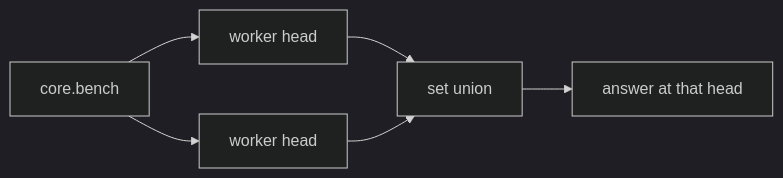
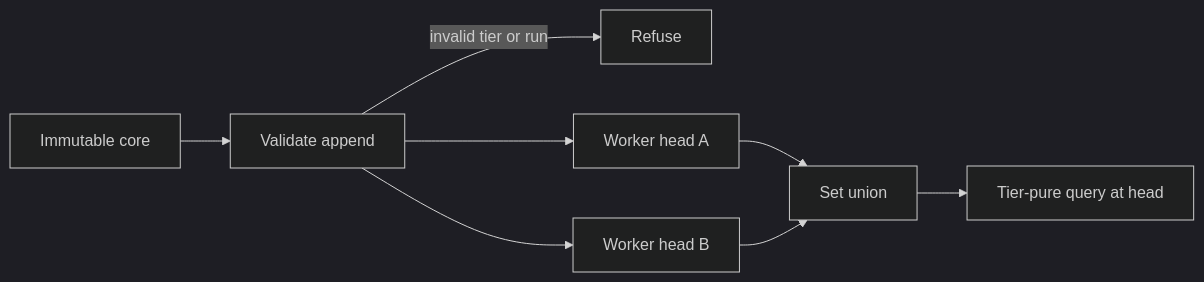
One commit to wetware-hq/catalog changed the diagram in systems/use-bench.md. Above: the diagram before and after it, drawn with Mermaid (dark theme). The commit also changed other lines of this file and 10 other files, not shown here.

````diff
--- a/systems/use-bench.md
+++ b/systems/use-bench.md
@@ -73,8 +73,10 @@
 ```mermaid
 flowchart LR
-Core[core.bench] --> W1[worker head]
-Core --> W2[worker head]
-W1 --> Union[set union]
-W2 --> Union
-Union --> Answer[answer at that head]
+    C[Immutable core] --> A[Validate append]
+    A -->|invalid tier or run| R[Refuse]
+    A --> H1[Worker head A]
+    A --> H2[Worker head B]
+    H1 --> U[Set union]
+    H2 --> U
+    U --> Q[Tier-pure query at head]
 ```
````
